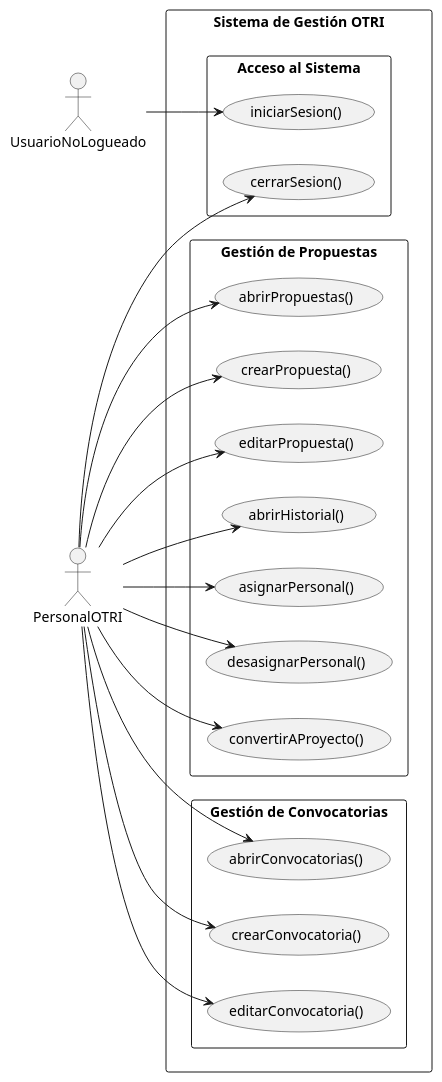
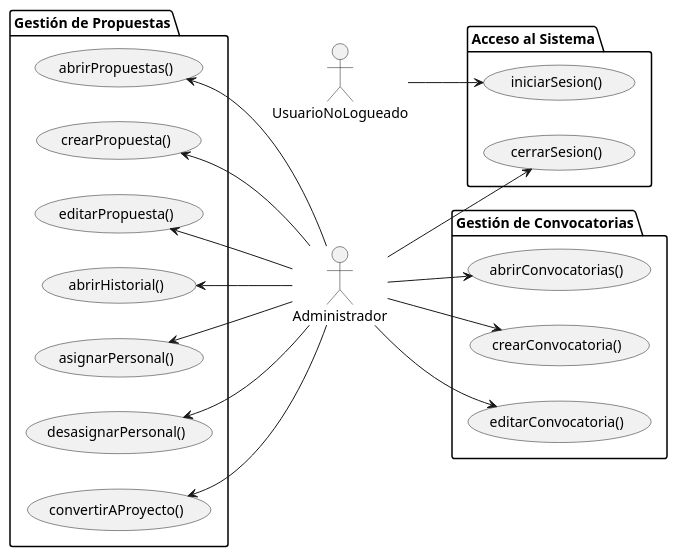
Before and after one commit to Angelo2272/26-27-IdSw1-SDR: the diagram in modelosUML/01-actores-casos-uso/dimension-convocatoria-propuesta/actores-casos-uso.puml, drawn with PlantUML. The commit also changed 1 other file, not shown here.

Commit message:
fix: arreglo organización de casos de uso y actores, además se corrigio el nombre de Administrador

```diff
--- a/modelosUML/01-actores-casos-uso/dimension-convocatoria-propuesta/actores-casos-uso.puml
+++ b/modelosUML/01-actores-casos-uso/dimension-convocatoria-propuesta/actores-casos-uso.puml
@@ -1,54 +1,45 @@
 @startuml
 left to right direction
 
-skinparam packageStyle rectangle
-skinparam shadowing false
+actor UsuarioNoLogueado
+actor Administrador
 
-actor "UsuarioNoLogueado" as Usuario
-actor "PersonalOTRI" as Personal
-
-rectangle "Sistema de Gestión OTRI" {
-
-    package "Acceso al Sistema" {
-        usecase "iniciarSesion()" as UC1
-        usecase "cerrarSesion()" as UC2
-    }
-
-    package "Gestión de Propuestas" {
-        usecase "abrirPropuestas()" as UC3
-        usecase "crearPropuesta()" as UC4
-        usecase "editarPropuesta()" as UC5
-        usecase "abrirHistorial()" as UC6
-        usecase "asignarPersonal()" as UC7
-        usecase "desasignarPersonal()" as UC8
-        usecase "convertirAProyecto()" as UC9
-    }
-
-    package "Gestión de Convocatorias" {
-        usecase "abrirConvocatorias()" as UC10
-        usecase "crearConvocatoria()" as UC11
-        usecase "editarConvocatoria()" as UC12
-    }
+package "Gestión de Propuestas" {
+  usecase "abrirPropuestas()" as UC_AbrirProp
+  usecase "crearPropuesta()" as UC_CrearProp
+  usecase "editarPropuesta()" as UC_EditarProp
+  usecase "abrirHistorial()" as UC_AbrirHist
+  usecase "asignarPersonal()" as UC_Asignar
+  usecase "desasignarPersonal()" as UC_Desasignar
+  usecase "convertirAProyecto()" as UC_Convertir
 }
 
-' Acceso al sistema
-Usuario --> UC1
+package "Acceso al Sistema" {
+  usecase "iniciarSesion()" as UC_Iniciar
+  usecase "cerrarSesion()" as UC_Cerrar
+}
 
-' Personal OTRI
-Personal --> UC2
+package "Gestión de Convocatorias" {
+  usecase "abrirConvocatorias()" as UC_AbrirConv
+  usecase "crearConvocatoria()" as UC_CrearConv
+  usecase "editarConvocatoria()" as UC_EditarConv
+}
 
-' Gestión de propuestas
-Personal --> UC3
-Personal --> UC4
-Personal --> UC5
-Personal --> UC6
-Personal --> UC7
-Personal --> UC8
-Personal --> UC9
+' Izquierda del actor (con left to right direction, <-- coloca el destino a la izquierda)
+UC_AbrirProp <-- Administrador
+UC_CrearProp <-- Administrador
+UC_EditarProp <-- Administrador
+UC_AbrirHist <-- Administrador
+UC_Asignar <-- Administrador
+UC_Desasignar <-- Administrador
+UC_Convertir <-- Administrador
 
-' Gestión de convocatorias
-Personal --> UC10
-Personal --> UC11
-Personal --> UC12
+' Derecha de los actores (--> coloca el destino a la derecha)
+UsuarioNoLogueado --> UC_Iniciar
+Administrador --> UC_Cerrar
+
+Administrador --> UC_AbrirConv
+Administrador --> UC_CrearConv
+Administrador --> UC_EditarConv
 
 @enduml
```
